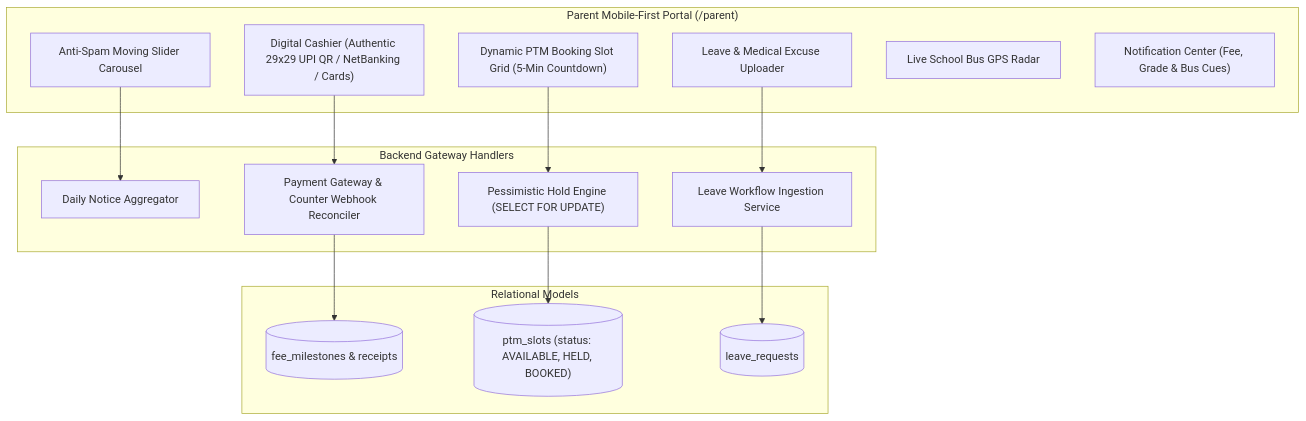
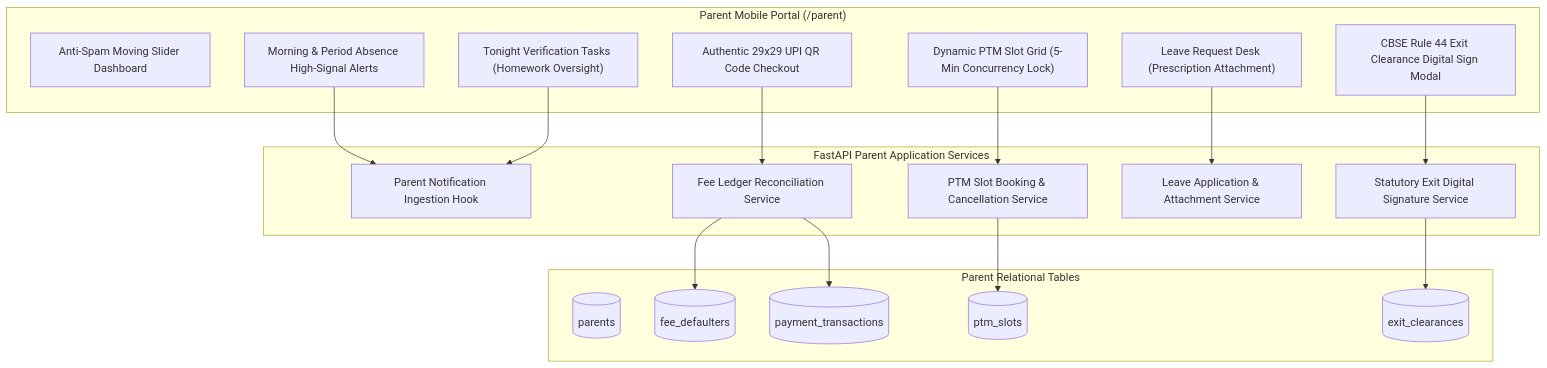
Before and after one commit to DiradzProducts/EDU360: the eighth of 20 diagrams in docs/architecture/ROLE_WISE_ARCHITECTURE_AND_WORKFLOWS.md, drawn with Mermaid. The commit also changed other lines of this file and 54 other files, not shown here.

Commit message:
feat(core): synchronize cross-role workflows, dynamic surveillance, and v10.0 architecture

````diff
--- a/docs/architecture/ROLE_WISE_ARCHITECTURE_AND_WORKFLOWS.md
+++ b/docs/architecture/ROLE_WISE_ARCHITECTURE_AND_WORKFLOWS.md
@@ -319,29 +365,38 @@
 ```mermaid
 graph TD
-    subgraph ParentApp ["Parent Mobile-First Portal (/parent)"]
-        UI_SLIDER["Anti-Spam Moving Slider Carousel"]
-        UI_CASHIER["Digital Cashier (Authentic 29x29 UPI QR / NetBanking / Cards)"]
-        UI_PTM["Dynamic PTM Booking Slot Grid (5-Min Countdown)"]
-        UI_LEAVE["Leave & Medical Excuse Uploader"]
-        UI_RADAR["Live School Bus GPS Radar"]
-        UI_NOTIF["Notification Center (Fee, Grade & Bus Cues)"]
+    subgraph ParentWorkspace ["Parent Mobile Portal (/parent)"]
+        UI_SLIDER["Anti-Spam Moving Slider Dashboard"]
+        UI_ABSENCE_ALERT["Morning & Period Absence High-Signal Alerts"]
+        UI_TONIGHT_HW["Tonight Verification Tasks (Homework Oversight)"]
+        UI_FEE_CHECKOUT["Authentic 29x29 UPI QR Code Checkout"]
+        UI_PTM_BOOKER["Dynamic PTM Slot Grid (5-Min Concurrency Lock)"]
+        UI_LEAVE_APP["Leave Request Desk (Prescription Attachment)"]
+        UI_TC_MODAL["CBSE Rule 44 Exit Clearance Digital Sign Modal"]
     end
 
-    subgraph ParentServices ["Backend Gateway Handlers"]
-        SLIDER_SVC["Daily Notice Aggregator"]
-        PAYMENT_RECON["Payment Gateway & Counter Webhook Reconciler"]
-        PTM_PESSIMISTIC["Pessimistic Hold Engine (SELECT FOR UPDATE)"]
-        LEAVE_ROUTER["Leave Workflow Ingestion Service"]
+    subgraph ParentServices ["FastAPI Parent Application Services"]
+        PAR_FEE_SVC["Fee Ledger Reconciliation Service"]
+        PAR_PTM_SVC["PTM Slot Booking & Cancellation Service"]
+        PAR_LEAVE_SVC["Leave Application & Attachment Service"]
+        PAR_TC_SVC["Statutory Exit Digital Signature Service"]
+        PAR_NOTIF_SVC["Parent Notification Ingestion Hook"]
     end
 
-    subgraph ParentTables ["Relational Models"]
-        TBL_FEES[("fee_milestones & receipts")]
-        TBL_PTM[("ptm_slots (status: AVAILABLE, HELD, BOOKED)")]
-        TBL_LEAVE_REQ[("leave_requests")]
+    subgraph ParentPersistence ["Parent Relational Tables"]
+        T_PARENTS[("parents")]
+        T_DEFAULTERS[("fee_defaulters")]
+        T_PTM[("ptm_slots")]
+        T_CLEARANCE[("exit_clearances")]
+        T_TRANSACTIONS[("payment_transactions")]
     end
 
-    UI_SLIDER --> SLIDER_SVC
-    UI_CASHIER --> PAYMENT_RECON --> TBL_FEES
-    UI_PTM --> PTM_PESSIMISTIC --> TBL_PTM
-    UI_LEAVE --> LEAVE_ROUTER --> TBL_LEAVE_REQ
+    UI_FEE_CHECKOUT --> PAR_FEE_SVC
+    UI_PTM_BOOKER --> PAR_PTM_SVC
+    UI_LEAVE_APP --> PAR_LEAVE_SVC
+    UI_TC_MODAL --> PAR_TC_SVC
+    UI_ABSENCE_ALERT & UI_TONIGHT_HW --> PAR_NOTIF_SVC
+
+    PAR_FEE_SVC --> T_DEFAULTERS & T_TRANSACTIONS
+    PAR_PTM_SVC --> T_PTM
+    PAR_TC_SVC --> T_CLEARANCE
 ```
````
